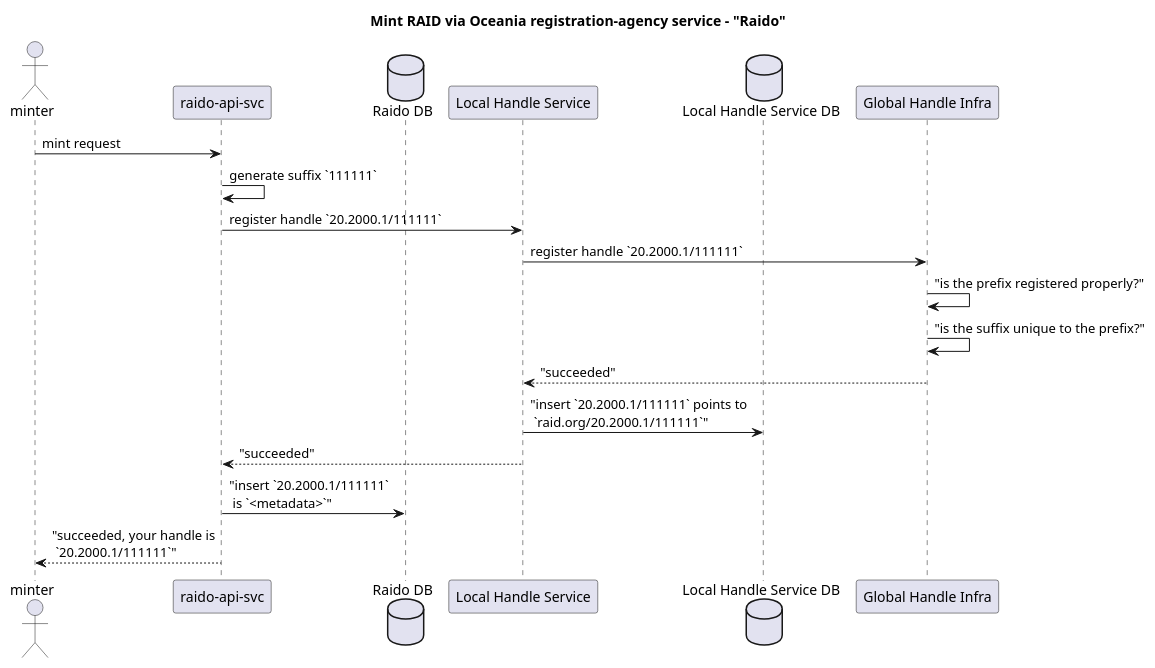
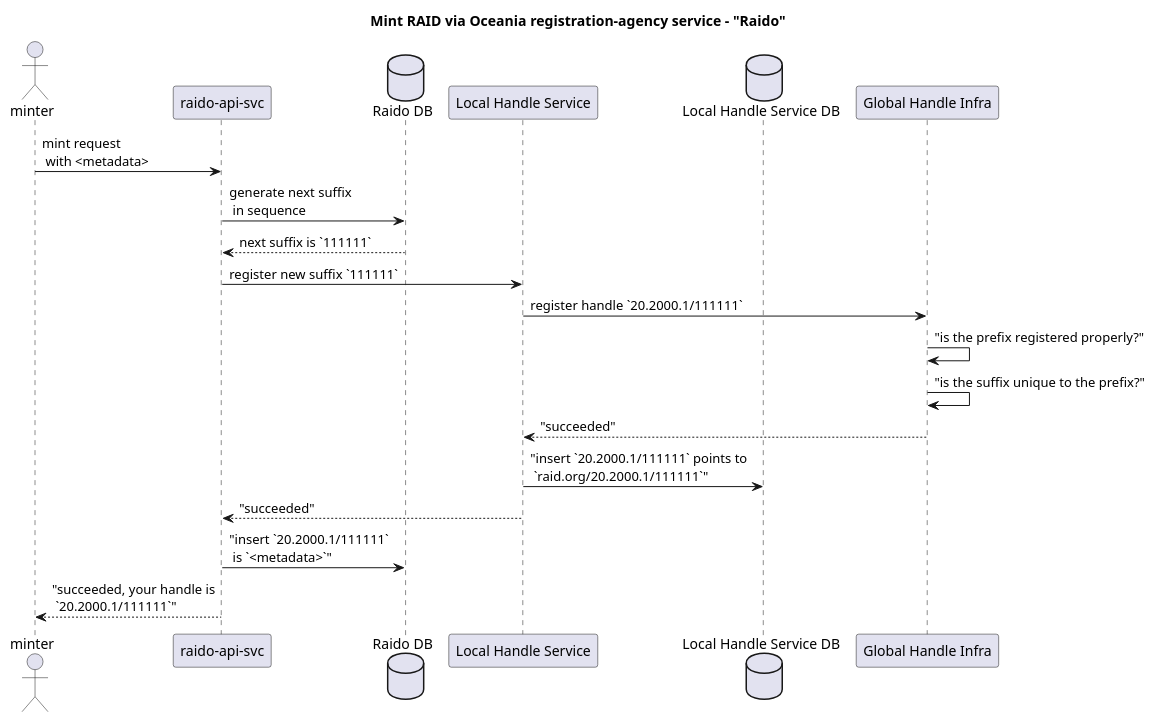
The diagram in doc/architecture/cnri-handle/mint-via-raido.puml (au-research/raido), drawn with PlantUML before and after one commit. The commit also changed 2 other files, not shown here.

```diff
--- a/doc/architecture/cnri-handle/mint-via-raido.puml
+++ b/doc/architecture/cnri-handle/mint-via-raido.puml
@@ -1,25 +1,26 @@
 @startuml
 title Mint RAID via Oceania registration-agency service - "Raido"
 
 actor "minter" as minter
 
 participant "raido-api-svc" as raidoApi
 database "Raido DB" as raidoDb
 
 participant "Local Handle Service" as lhs
 database "Local Handle Service DB" as lhsDb
 
 participant "Global Handle Infra" as ghs
 
-minter -> raidoApi: mint request
-raidoApi ->raidoApi: generate suffix `111111`
-raidoApi -> lhs: register handle `20.2000.1/111111` 
+minter -> raidoApi: mint request\n with <metadata> 
+raidoApi -> raidoDb: generate next suffix\n in sequence 
+raidoDb --> raidoApi: next suffix is `111111`
+raidoApi -> lhs: register new suffix `111111` 
 lhs -> ghs: register handle `20.2000.1/111111`
 ghs -> ghs: "is the prefix registered properly?"
 ghs -> ghs: "is the suffix unique to the prefix?"
 ghs --> lhs: "succeeded"
 lhs -> lhsDb: "insert `20.2000.1/111111` points to\n `raid.org/20.2000.1/111111`"
 lhs --> raidoApi: "succeeded"
 raidoApi -> raidoDb: "insert `20.2000.1/111111`\n is `<metadata>`"
 raidoApi --> minter: "succeeded, your handle is\n `20.2000.1/111111`"
 @enduml
```
